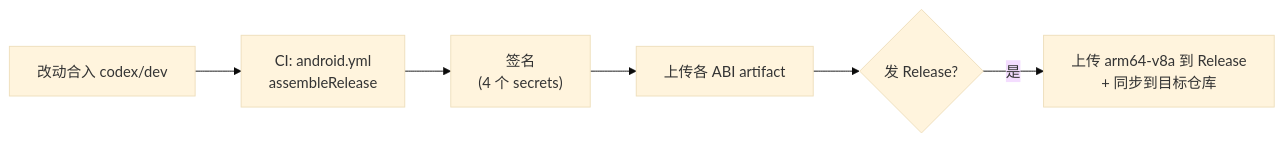
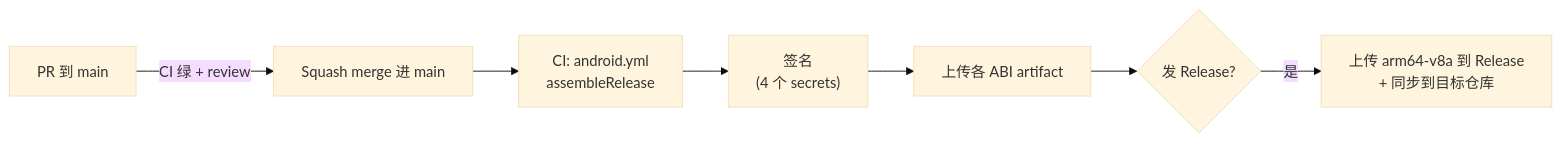
The second of 2 diagrams in docs/development.md (Gitzzr/Sesame-ZR), drawn with Mermaid (base theme) before and after one commit. The commit also changed other lines of this file and 4 other files, not shown here.

First line of the commit message:
docs: 分支模型调整为 GitHub Flow

````diff
--- a/docs/development.md
+++ b/docs/development.md
@@ -363,8 +405,9 @@
 ```mermaid
 flowchart LR
-    A["改动合入 codex/dev"] --> B["CI: android.yml<br/>assembleRelease"]
+    P["PR 到 main"] -->|"CI 绿 + review"| A["Squash merge 进 main"]
+    A --> B["CI: android.yml<br/>assembleRelease"]
     B --> C["签名<br/>(4 个 secrets)"]
     C --> D["上传各 ABI artifact"]
     D --> E{"发 Release?"}
     E -- 是 --> F["上传 arm64-v8a 到 Release<br/>+ 同步到目标仓库"]
 ```
````
